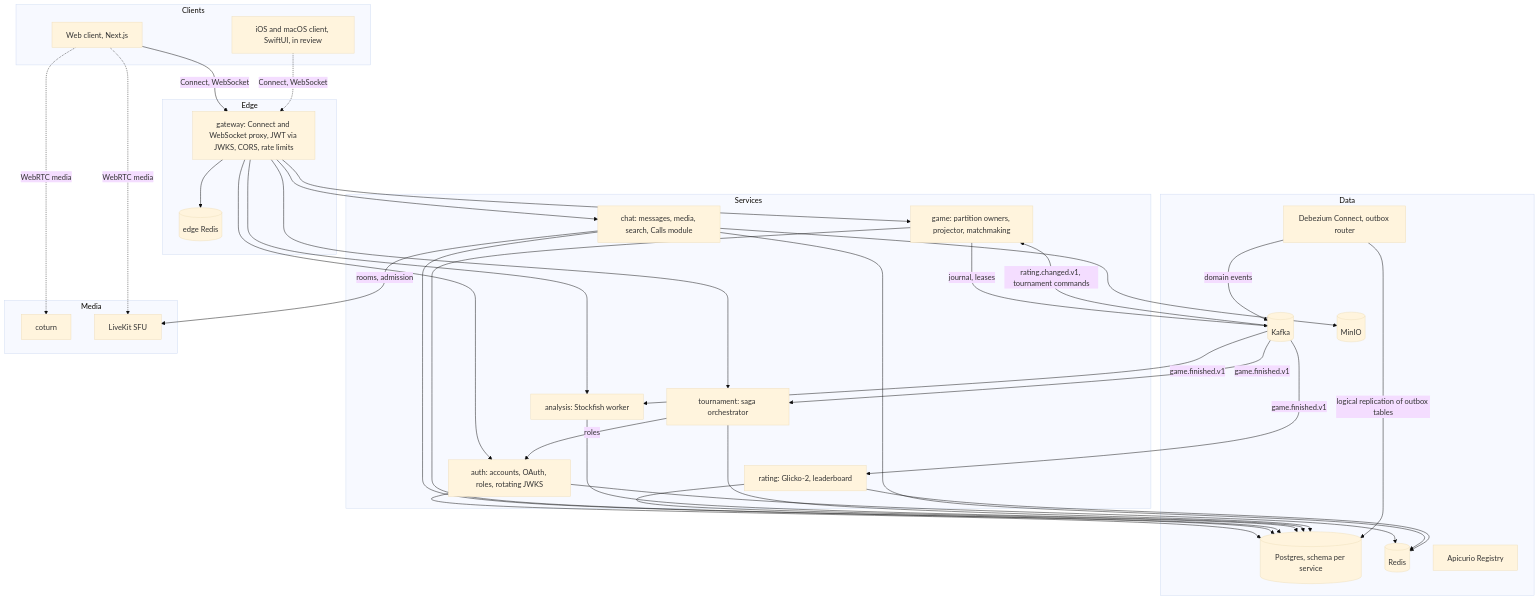
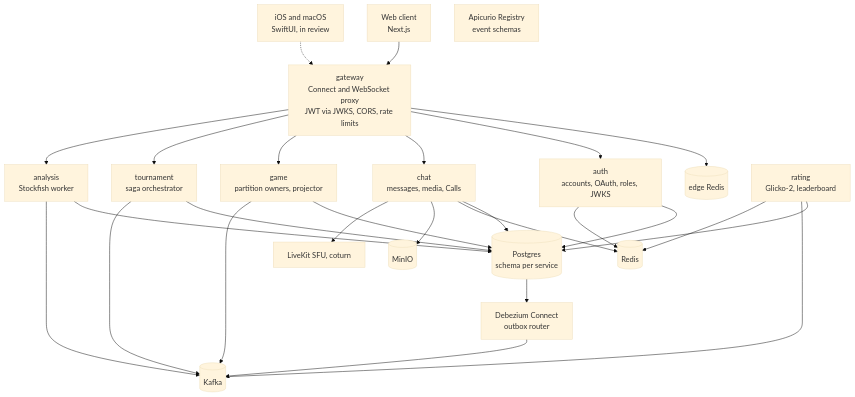
The first of 6 diagrams in docs/architecture.md (Bvivg/axon), drawn with Mermaid (base theme) before and after one commit. The commit also changed other lines of this file and 1 other file, not shown here.

Commit message:
docs: make the architecture diagrams readable at page width

````diff
--- a/docs/architecture.md
+++ b/docs/architecture.md
@@ -10,47 +10,20 @@
 ```mermaid
 flowchart TB
-  subgraph clients["Clients"]
-    web["Web client, Next.js"]
-    ios["iOS and macOS client, SwiftUI, in review"]
-  end
-  subgraph edge["Edge"]
-    gw["gateway: Connect and WebSocket proxy, JWT via JWKS, CORS, rate limits"]
-    eredis[("edge Redis")]
-  end
-  subgraph services["Services"]
-    auth["auth: accounts, OAuth, roles, rotating JWKS"]
-    chat["chat: messages, media, search, Calls module"]
-    game["game: partition owners, projector, matchmaking"]
-    rating["rating: Glicko-2, leaderboard"]
-    analysis["analysis: Stockfish worker"]
-    tournament["tournament: saga orchestrator"]
-  end
-  subgraph data["Data"]
-    pg[("Postgres, schema per service")]
-    redis[("Redis")]
-    kafka[("Kafka")]
-    minio[("MinIO")]
-    debezium["Debezium Connect, outbox router"]
-    apicurio["Apicurio Registry"]
-  end
-  subgraph media["Media"]
-    coturn["coturn"]
-    livekit["LiveKit SFU"]
-  end
-  web -->|"Connect, WebSocket"| gw
-  ios -.->|"Connect, WebSocket"| gw
-  web -.->|"WebRTC media"| coturn
-  web -.->|"WebRTC media"| livekit
-  gw --> eredis
-  gw --> auth & chat & game & analysis & tournament
-  tournament -->|"roles"| auth
-  auth & chat & game & rating & analysis & tournament --> pg
-  auth & chat & rating --> redis
-  chat --> minio
-  chat -->|"rooms, admission"| livekit
-  game -->|"journal, leases"| kafka
-  debezium -->|"logical replication of outbox tables"| pg
-  debezium -->|"domain events"| kafka
-  kafka -->|"game.finished.v1"| rating & analysis & tournament
-  kafka -->|"rating.changed.v1, tournament commands"| game
+  web["Web client<br/>Next.js"] --> gw
+  ios["iOS and macOS<br/>SwiftUI, in review"] -.-> gw
+  gw["gateway<br/>Connect and WebSocket proxy<br/>JWT via JWKS, CORS, rate limits"] --> eredis[("edge Redis")]
+  gw --> auth["auth<br/>accounts, OAuth, roles, JWKS"]
+  gw --> chat["chat<br/>messages, media, Calls"]
+  gw --> game["game<br/>partition owners, projector"]
+  gw --> tournament["tournament<br/>saga orchestrator"]
+  gw --> analysis["analysis<br/>Stockfish worker"]
+  rating["rating<br/>Glicko-2, leaderboard"]
+  auth & chat & game & tournament & analysis & rating --> pg[("Postgres<br/>schema per service")]
+  game & tournament & analysis & rating --> kafka[("Kafka")]
+  auth & chat & rating --> redis[("Redis")]
+  chat --> minio[("MinIO")]
+  chat --> livekit["LiveKit SFU, coturn"]
+  pg --> debezium["Debezium Connect<br/>outbox router"]
+  debezium --> kafka
+  apicurio["Apicurio Registry<br/>event schemas"]
 ```
````
